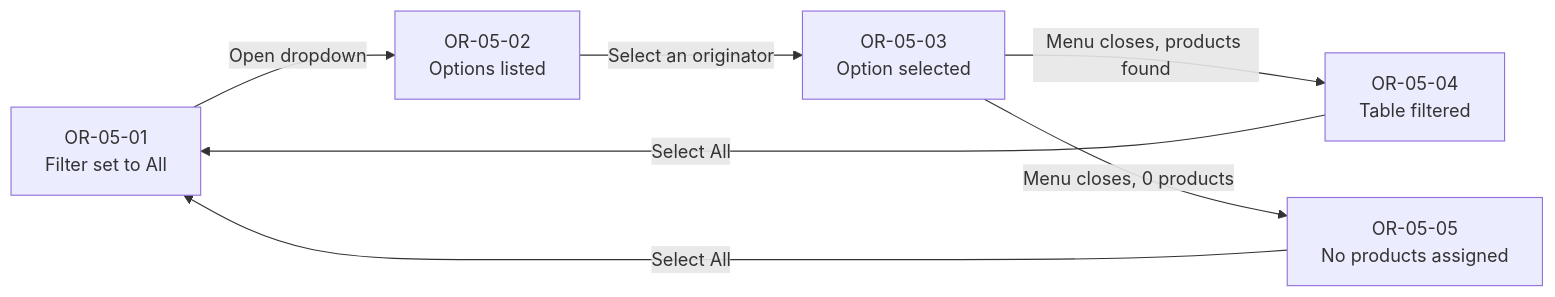
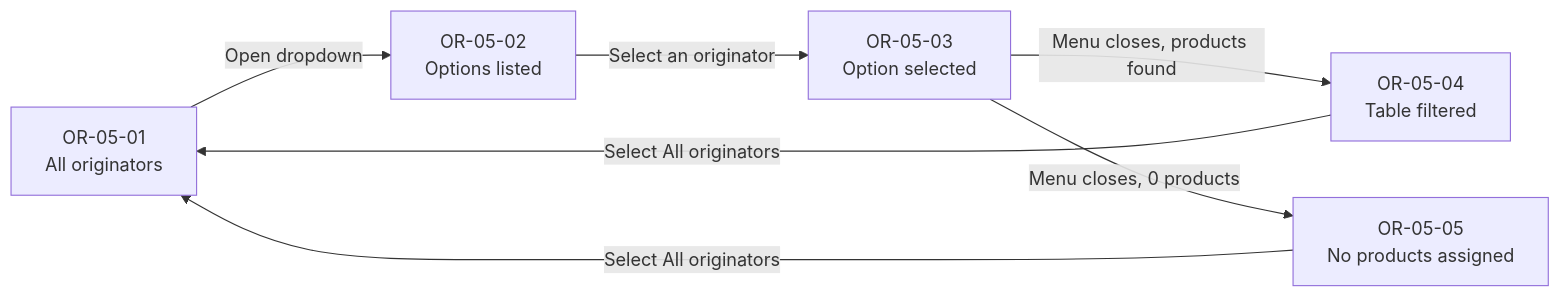
The fifth of 11 diagrams in Originators/originators-spec.md (OGI-Product-Design/buckholt-ai), drawn with Mermaid before and after one commit. The commit also changed other lines of this file, not shown here.

````diff
--- a/Originators/originators-spec.md
+++ b/Originators/originators-spec.md
@@ -470,9 +512,9 @@
 ```mermaid
 flowchart LR
-  A[OR-05-01<br/>Filter set to All] -->|Open dropdown| B[OR-05-02<br/>Options listed]
+  A[OR-05-01<br/>All originators] -->|Open dropdown| B[OR-05-02<br/>Options listed]
   B -->|Select an originator| C[OR-05-03<br/>Option selected]
   C -->|Menu closes, products found| D[OR-05-04<br/>Table filtered]
   C -->|Menu closes, 0 products| E[OR-05-05<br/>No products assigned]
-  D -->|Select All| A
-  E -->|Select All| A
+  D -->|Select All originators| A
+  E -->|Select All originators| A
 ```
````
